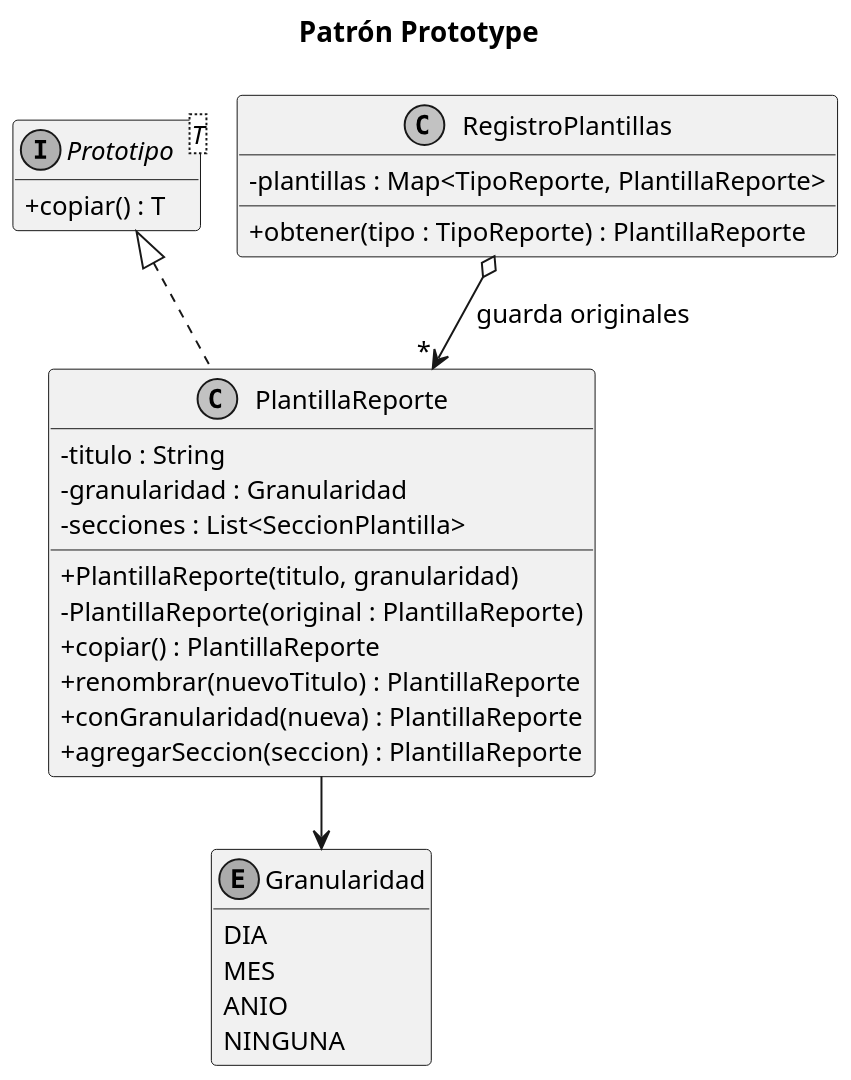
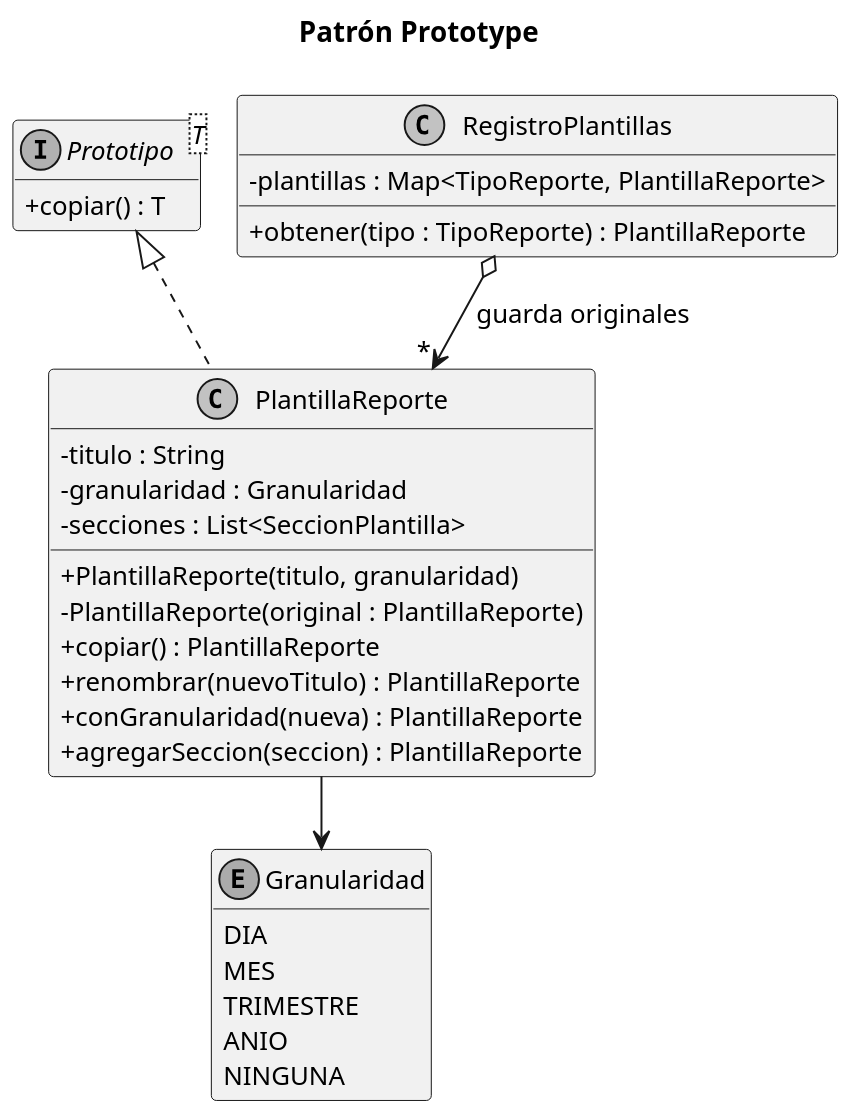
One commit to oropezadev-wq/ferreteria-ventas changed the diagram in docs/uml/3-prototype.puml. Above: the diagram before and after it, drawn with PlantUML. The commit also changed 62 other files, not shown here.

```diff
--- a/docs/uml/3-prototype.puml
+++ b/docs/uml/3-prototype.puml
@@ -1,39 +1,40 @@
 @startuml
 !pragma layout smetana
 skinparam classAttributeIconSize 0
 skinparam dpi 150
 skinparam shadowing false
 skinparam monochrome true
 skinparam defaultFontName Arial
 skinparam defaultFontSize 13
 skinparam packageStyle rectangle
 hide empty members
 title Patrón Prototype
 interface "Prototipo<T>" as Prototipo {
   + copiar() : T
 }
 class PlantillaReporte {
   - titulo : String
   - granularidad : Granularidad
   - secciones : List<SeccionPlantilla>
   + PlantillaReporte(titulo, granularidad)
   - PlantillaReporte(original : PlantillaReporte)
   + copiar() : PlantillaReporte
   + renombrar(nuevoTitulo) : PlantillaReporte
   + conGranularidad(nueva) : PlantillaReporte
   + agregarSeccion(seccion) : PlantillaReporte
 }
 class RegistroPlantillas {
   - plantillas : Map<TipoReporte, PlantillaReporte>
   + obtener(tipo : TipoReporte) : PlantillaReporte
 }
 enum Granularidad {
   DIA
   MES
+  TRIMESTRE
   ANIO
   NINGUNA
 }
 Prototipo <|.. PlantillaReporte
 RegistroPlantillas o--> "*" PlantillaReporte : guarda originales
 PlantillaReporte --> Granularidad
 @enduml
```
